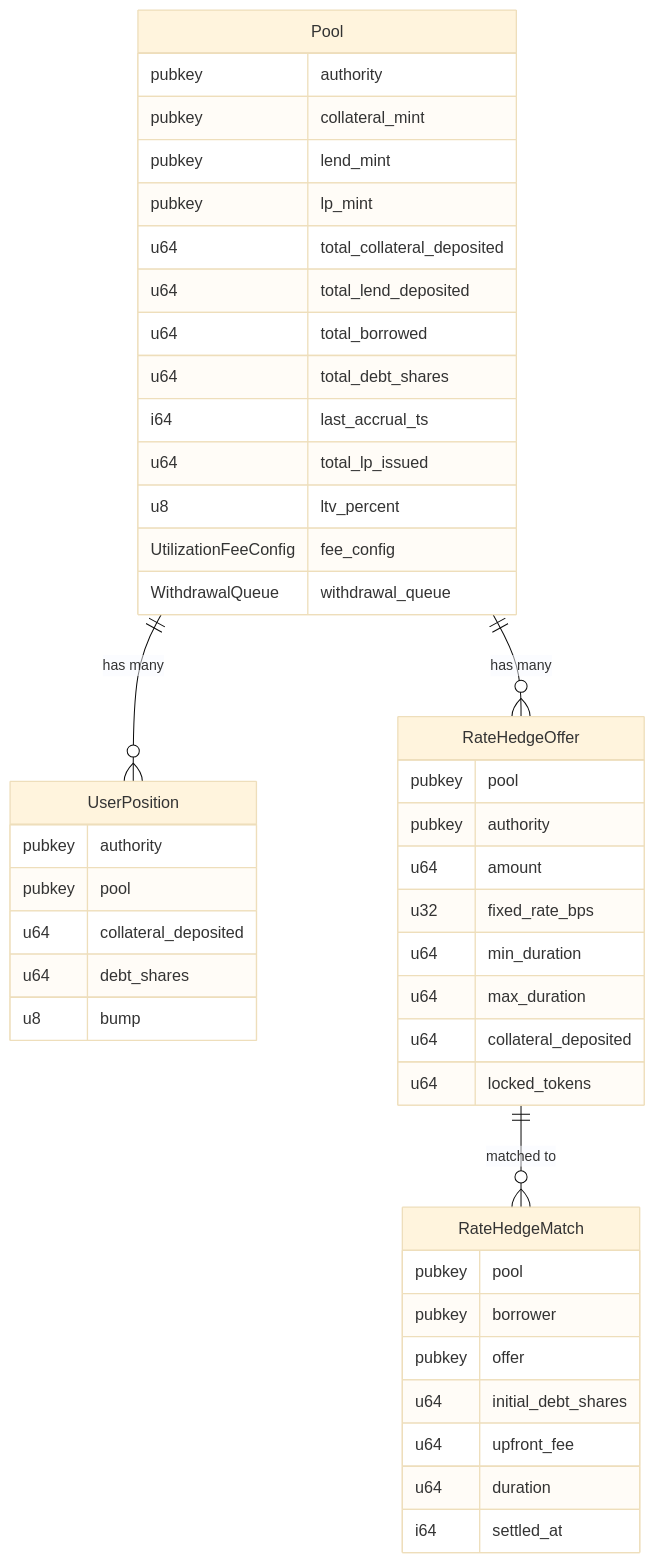
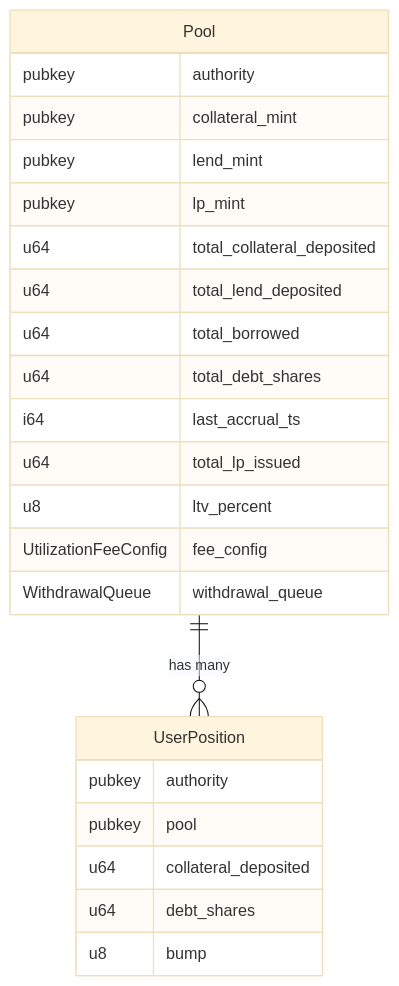
Before and after one commit to calma-labs/calma: the sixth of 7 diagrams in ARCHITECTURE.md, drawn with Mermaid (base theme). The commit also changed other lines of this file and 87 other files, not shown here.

````diff
--- a/ARCHITECTURE.md
+++ b/ARCHITECTURE.md
@@ -164,51 +160,28 @@
 ```mermaid
 erDiagram
     Pool {
         pubkey authority
         pubkey collateral_mint
         pubkey lend_mint
         pubkey lp_mint
         u64 total_collateral_deposited
         u64 total_lend_deposited
         u64 total_borrowed
         u64 total_debt_shares
         i64 last_accrual_ts
         u64 total_lp_issued
         u8 ltv_percent
         UtilizationFeeConfig fee_config
         WithdrawalQueue withdrawal_queue
     }
 
     UserPosition {
         pubkey authority
         pubkey pool
         u64 collateral_deposited
         u64 debt_shares
         u8 bump
     }
 
-    RateHedgeOffer {
-        pubkey pool
-        pubkey authority
-        u64 amount
-        u32 fixed_rate_bps
-        u64 min_duration
-        u64 max_duration
-        u64 collateral_deposited
-        u64 locked_tokens
-    }
-
-    RateHedgeMatch {
-        pubkey pool
-        pubkey borrower
-        pubkey offer
-        u64 initial_debt_shares
-        u64 upfront_fee
-        u64 duration
-        i64 settled_at
-    }
-
     Pool ||--o{ UserPosition : "has many"
-    Pool ||--o{ RateHedgeOffer : "has many"
-    RateHedgeOffer ||--o{ RateHedgeMatch : "matched to"
 ```
````
